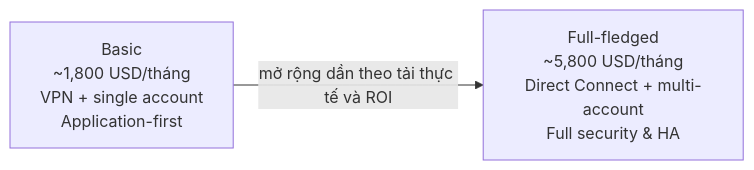
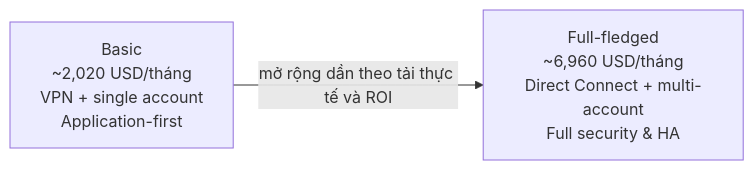
The third of 4 diagrams in aws-adoption-for-sme.md (hinorashi/homecommer), drawn with Mermaid before and after one commit. The commit also changed other lines of this file, not shown here.

````diff
--- a/aws-adoption-for-sme.md
+++ b/aws-adoption-for-sme.md
@@ -325,4 +350,4 @@
 ```mermaid
 flowchart LR
-  Basic["Basic\n~1,800 USD/tháng\nVPN + single account\nApplication-first"] -->|mở rộng dần theo tải thực tế và ROI| Full["Full-fledged\n~5,800 USD/tháng\nDirect Connect + multi-account\nFull security & HA"]
+  Basic["Basic\n~2,020 USD/tháng\nVPN + single account\nApplication-first"] -->|mở rộng dần theo tải thực tế và ROI| Full["Full-fledged\n~6,960 USD/tháng\nDirect Connect + multi-account\nFull security & HA"]
 ```
````
